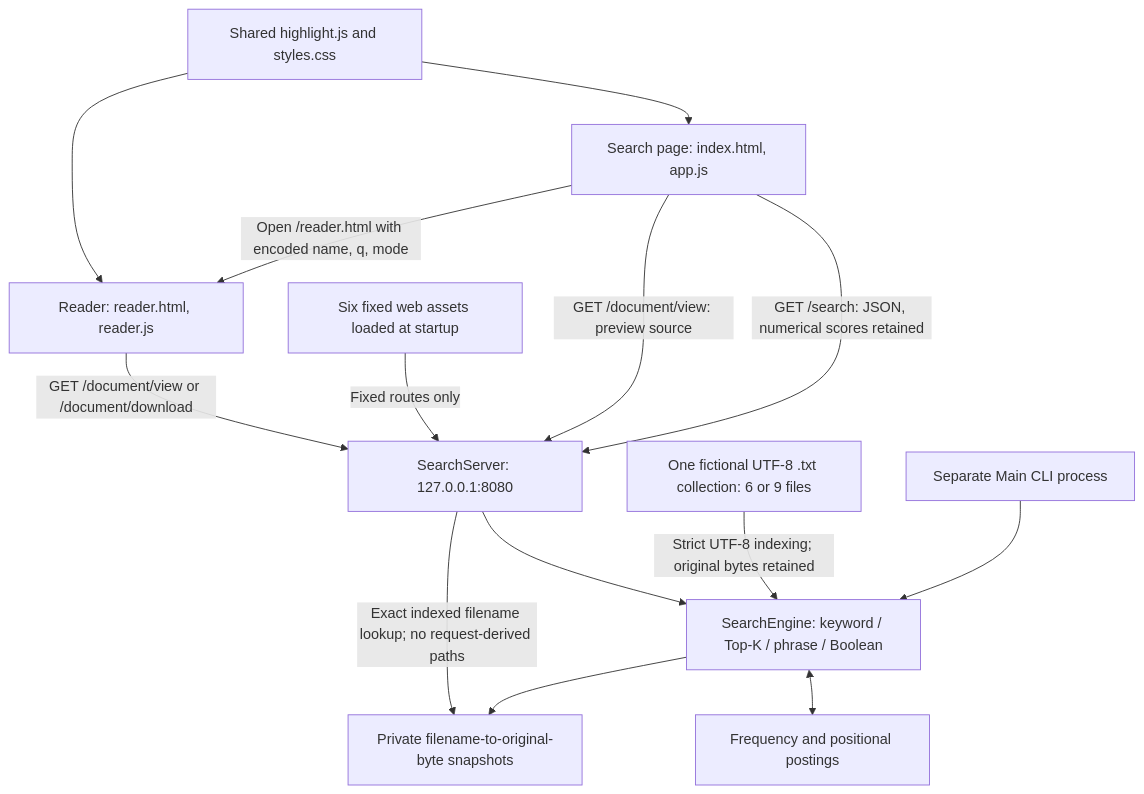
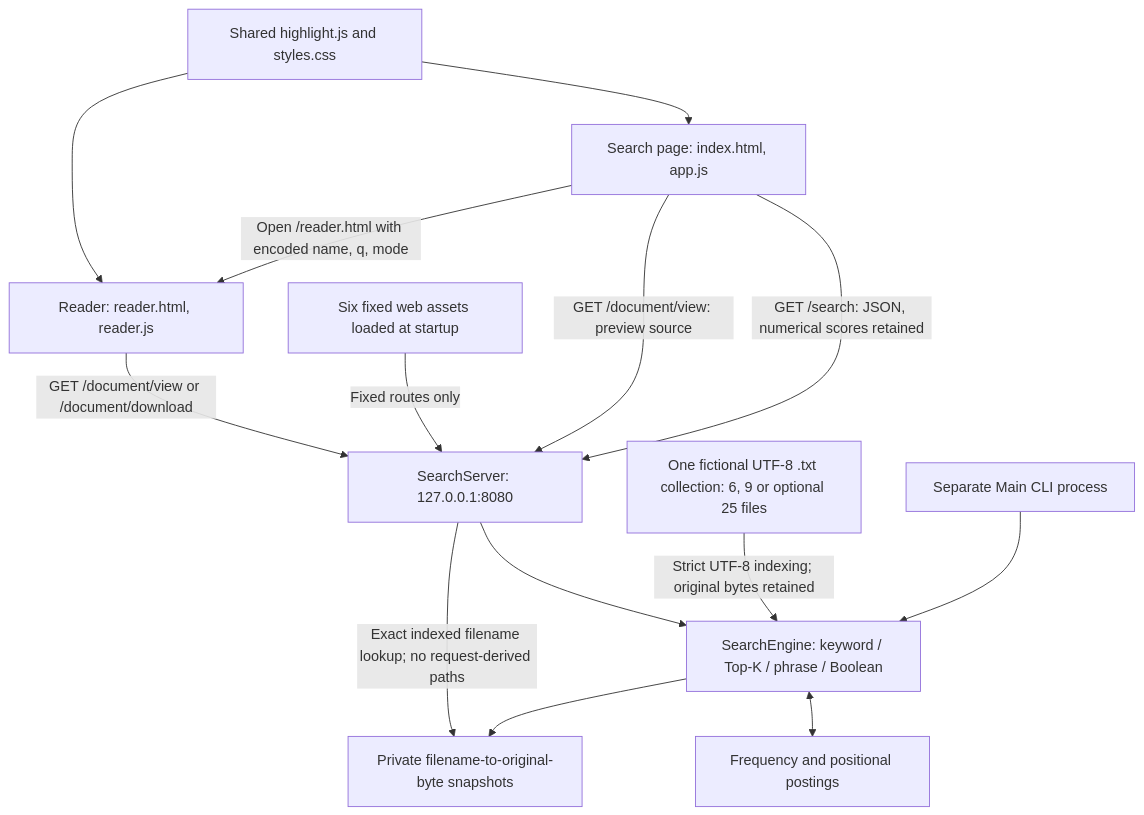
Before and after one commit to RIFAT-x7/iit-search-engine: the diagram in README.md, drawn with Mermaid. The commit also changed other lines of this file and 35 other files, not shown here.

````diff
--- a/README.md
+++ b/README.md
@@ -92,26 +99,26 @@
 ```mermaid
 flowchart TD
     Search["Search page: index.html, app.js"]
     Reader["Reader: reader.html, reader.js"]
     Shared["Shared highlight.js and styles.css"]
     Server["SearchServer: 127.0.0.1:8080"]
     Assets["Six fixed web assets loaded at startup"]
     Core["SearchEngine: keyword / Top-K / phrase / Boolean"]
     Index["Frequency and positional postings"]
     Snapshot["Private filename-to-original-byte snapshots"]
-    Data["One fictional UTF-8 .txt collection: 6 or 9 files"]
+    Data["One fictional UTF-8 .txt collection: 6, 9 or optional 25 files"]
     CLI["Separate Main CLI process"]
     Search -->|"GET /search: JSON, numerical scores retained"| Server
     Search -->|"GET /document/view: preview source"| Server
     Search -->|"Open /reader.html with encoded name, q, mode"| Reader
     Reader -->|"GET /document/view or /document/download"| Server
     Shared --> Search
     Shared --> Reader
     Assets -->|"Fixed routes only"| Server
     Server --> Core
     Core <--> Index
     Data -->|"Strict UTF-8 indexing; original bytes retained"| Core
     Core --> Snapshot
     Server -->|"Exact indexed filename lookup; no request-derived paths"| Snapshot
     CLI --> Core
 ```
````
